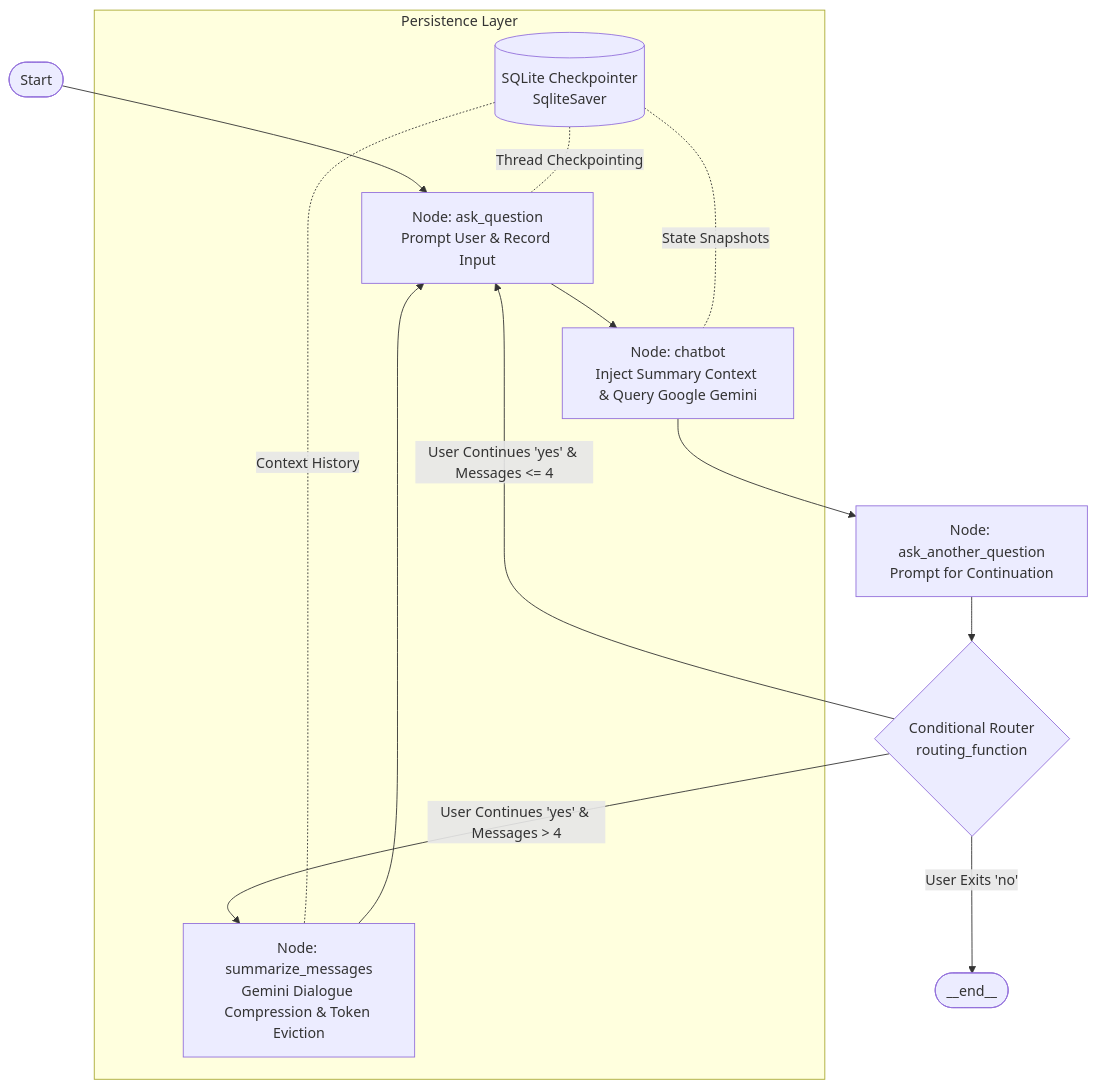
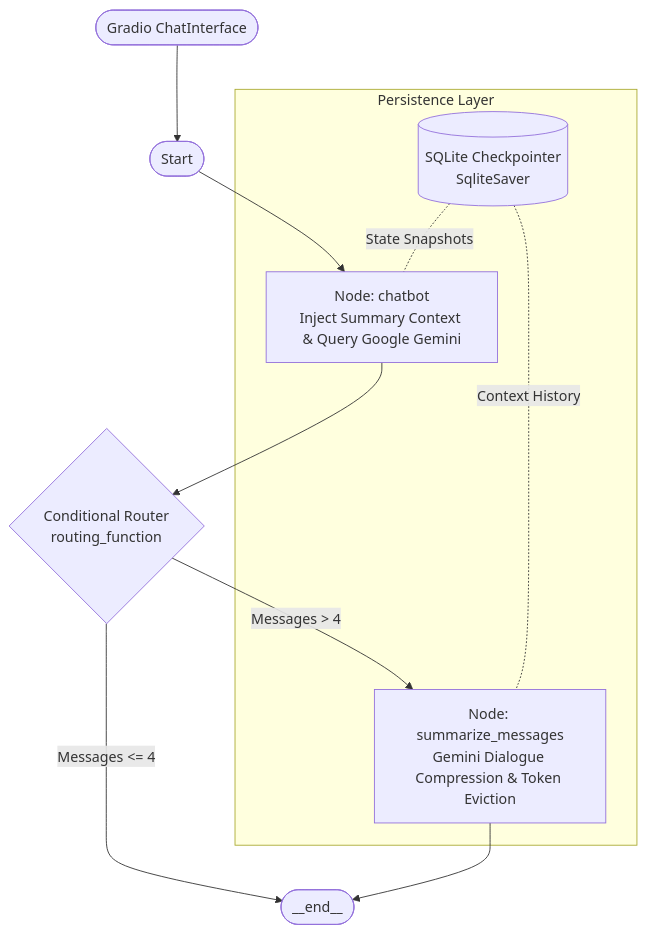
One commit to burraq-e-mohammad/langgraph-stateful-agent-memory changed the diagram in README.md. Above: the diagram before and after it, drawn with Mermaid. The commit also changed other lines of this file and 3 other files, not shown here.

Commit message:
feat: add Gradio chat UI and finalize stateful LangGraph memory trace

````diff
--- a/README.md
+++ b/README.md
@@ -27,20 +28,15 @@
 ```mermaid
 flowchart TD
-    START([Start]) --> AskQ[Node: ask_question<br/>Prompt User & Record Input]
-    AskQ --> Chatbot[Node: chatbot<br/>Inject Summary Context & Query Google Gemini]
-    Chatbot --> AskAnother[Node: ask_another_question<br/>Prompt for Continuation]
+    UI([Gradio ChatInterface]) --> START([Start])
+    START --> Chatbot[Node: chatbot<br/>Inject Summary Context & Query Google Gemini]
+    Chatbot --> Router{Conditional Router<br/>routing_function}
     
-    AskAnother --> Router{Conditional Router<br/>routing_function}
-    
-    Router -- User Exits 'no' --> END([__end__])
-    Router -- User Continues 'yes' & Messages > 4 --> Summarize[Node: summarize_messages<br/>Gemini Dialogue Compression & Token Eviction]
-    Router -- User Continues 'yes' & Messages <= 4 --> AskQ
-    
-    Summarize --> AskQ
+    Router -- Messages <= 4 --> END([__end__])
+    Router -- Messages > 4 --> Summarize[Node: summarize_messages<br/>Gemini Dialogue Compression & Token Eviction]
+    Summarize --> END
     
     subgraph Persistence Layer
-        DB[(SQLite Checkpointer<br/>SqliteSaver)] -. Thread Checkpointing .- AskQ
-        DB -. State Snapshots .- Chatbot
+        DB[(SQLite Checkpointer<br/>SqliteSaver)] -. State Snapshots .- Chatbot
         DB -. Context History .- Summarize
     end
 ```
````
